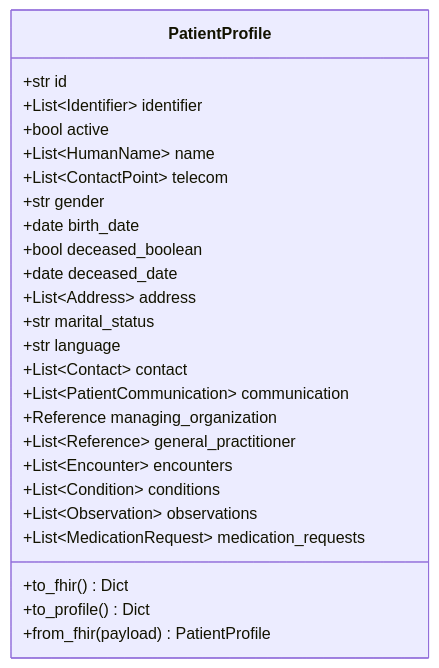
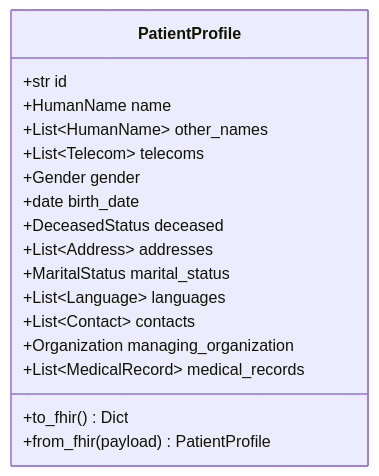
Before and after one commit to tien-genetica/tmp-agents: the diagram in patient_profile.md, drawn with Mermaid. The commit also changed other lines of this file and 5 other files, not shown here.

Commit message:
Refactor PatientProfile model to enhance structure and FHIR compliance. Consolidate fields, introduce enumerations for gender and marital status, and update serialization methods. Remove deprecated methods and streamline data handling for improved clarity and maintainability.

````diff
--- a/patient_profile.md
+++ b/patient_profile.md
@@ -9,28 +9,20 @@
 ```mermaid
 classDiagram
     class PatientProfile {
         +str id
-        +List~Identifier~ identifier
-        +bool active
-        +List~HumanName~ name
-        +List~ContactPoint~ telecom
-        +str gender
+        +HumanName name
+        +List~HumanName~ other_names
+        +List~Telecom~ telecoms
+        +Gender gender
         +date birth_date
-        +bool deceased_boolean
-        +date deceased_date
-        +List~Address~ address
-        +str marital_status
-        +str language
-        +List~Contact~ contact
-        +List~PatientCommunication~ communication
-        +Reference managing_organization
-        +List~Reference~ general_practitioner
-        +List~Encounter~ encounters
-        +List~Condition~ conditions
-        +List~Observation~ observations
-        +List~MedicationRequest~ medication_requests
+        +DeceasedStatus deceased
+        +List~Address~ addresses
+        +MaritalStatus marital_status
+        +List~Language~ languages
+        +List~Contact~ contacts
+        +Organization managing_organization
+        +List~MedicalRecord~ medical_records
         +to_fhir() Dict
-        +to_profile() Dict
         +from_fhir(payload) PatientProfile
     }
 ```
````
